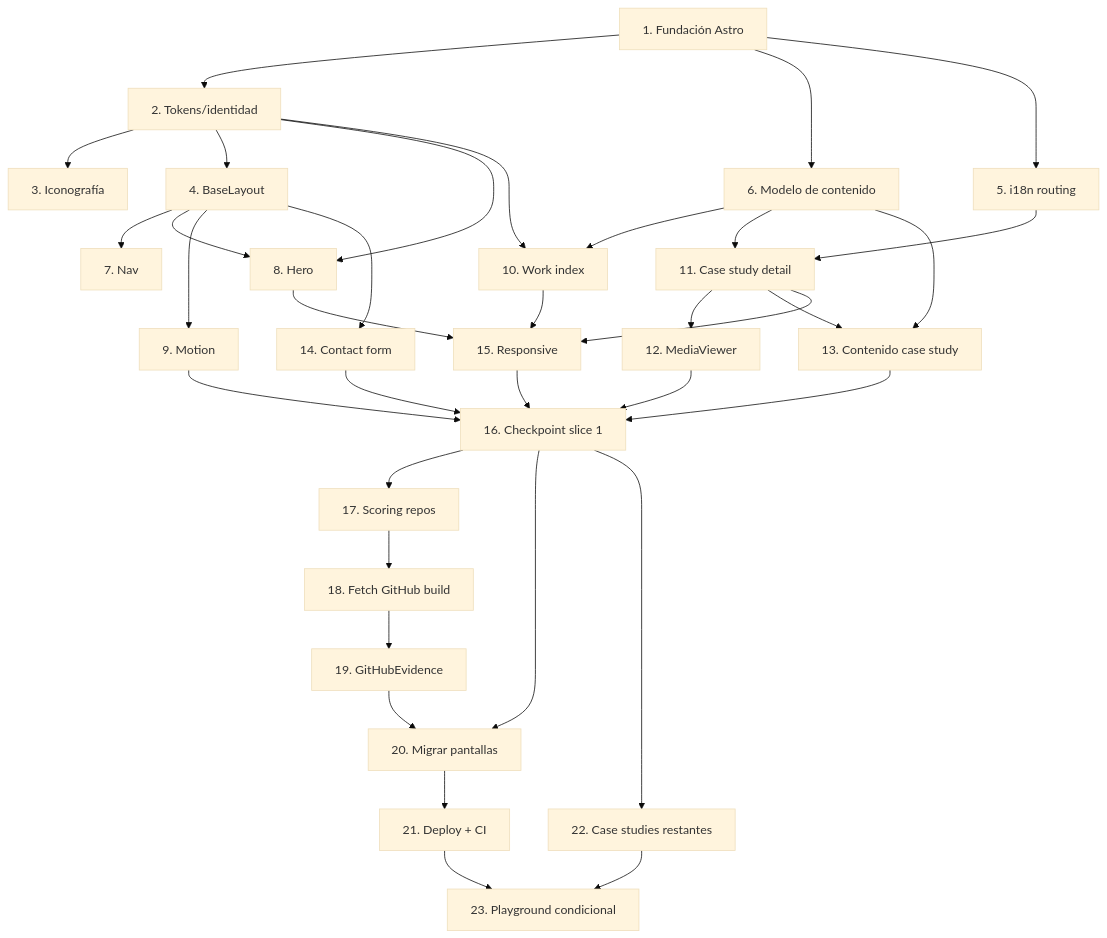
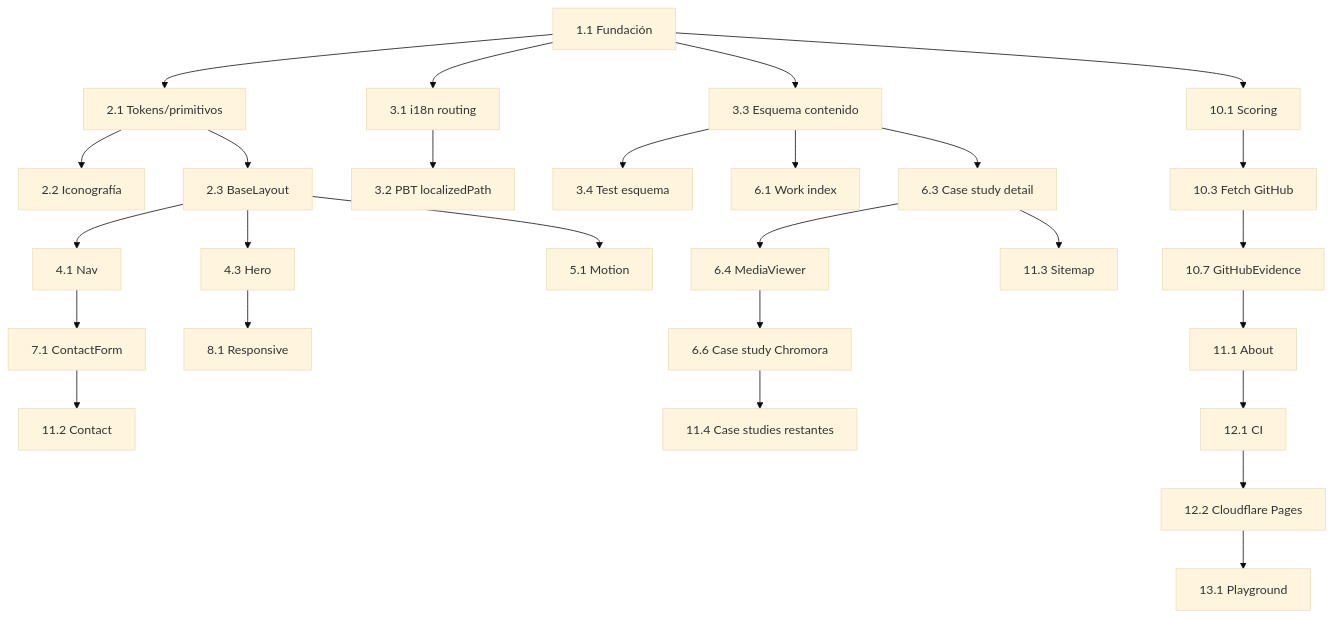
Before and after one commit to elkisser/PortaFolio: the diagram in .kiro/specs/portfolio-redesign/tasks.md, drawn with Mermaid (base theme). The commit also changed other lines of this file and 97 other files, not shown here.

First line of the commit message:
feat(portfolio-redesign): Milestone 2 + UX polish (GitHub evidence, About/Contact, sitemap, CI/CD)

````diff
--- a/.kiro/specs/portfolio-redesign/tasks.md
+++ b/.kiro/specs/portfolio-redesign/tasks.md
@@ -12,37 +220,29 @@
 ```mermaid
 graph TD
-    T1[1. Fundación Astro] --> T2[2. Tokens/identidad]
-    T1 --> T6[6. Modelo de contenido]
-    T2 --> T3[3. Iconografía]
-    T2 --> T4[4. BaseLayout]
-    T1 --> T5[5. i18n routing]
-    T4 --> T7[7. Nav]
-    T2 --> T8[8. Hero]
-    T4 --> T8
-    T4 --> T9[9. Motion]
-    T6 --> T10[10. Work index]
-    T2 --> T10
-    T6 --> T11[11. Case study detail]
-    T5 --> T11
-    T11 --> T12[12. MediaViewer]
-    T6 --> T13[13. Contenido case study]
-    T11 --> T13
-    T4 --> T14[14. Contact form]
-    T8 --> T15[15. Responsive]
-    T10 --> T15
-    T11 --> T15
-    T9 --> T16[16. Checkpoint slice 1]
-    T12 --> T16
-    T13 --> T16
-    T14 --> T16
-    T15 --> T16
-    T16 --> T17[17. Scoring repos]
-    T17 --> T18[18. Fetch GitHub build]
-    T18 --> T19[19. GitHubEvidence]
-    T16 --> T20[20. Migrar pantallas]
-    T19 --> T20
-    T20 --> T21[21. Deploy + CI]
-    T16 --> T22[22. Case studies restantes]
-    T21 --> T23[23. Playground condicional]
-    T22 --> T23
+    T1[1.1 Fundación] --> T21[2.1 Tokens/primitivos]
+    T1 --> T31[3.1 i18n routing]
+    T1 --> T33[3.3 Esquema contenido]
+    T21 --> T22[2.2 Iconografía]
+    T21 --> T23[2.3 BaseLayout]
+    T31 --> T32[3.2 PBT localizedPath]
+    T33 --> T34[3.4 Test esquema]
+    T23 --> T41[4.1 Nav]
+    T23 --> T43[4.3 Hero]
+    T23 --> T51[5.1 Motion]
+    T33 --> T61[6.1 Work index]
+    T33 --> T63[6.3 Case study detail]
+    T63 --> T64[6.4 MediaViewer]
+    T64 --> T66[6.6 Case study Chromora]
+    T41 --> T71[7.1 ContactForm]
+    T43 --> T81[8.1 Responsive]
+    T1 --> T101[10.1 Scoring]
+    T101 --> T103[10.3 Fetch GitHub]
+    T103 --> T107[10.7 GitHubEvidence]
+    T107 --> T111[11.1 About]
+    T71 --> T112[11.2 Contact]
+    T63 --> T113[11.3 Sitemap]
+    T66 --> T114[11.4 Case studies restantes]
+    T111 --> T121[12.1 CI]
+    T121 --> T122[12.2 Cloudflare Pages]
+    T122 --> T131[13.1 Playground]
 ```
````
